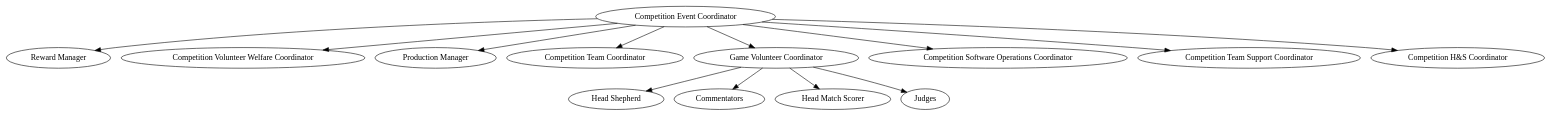
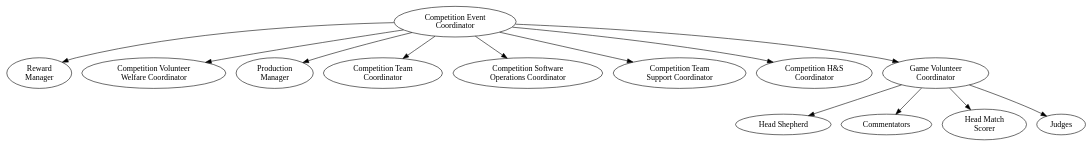
One commit to Adimote/legacy-ops-manual changed the diagram in org-chart/comp-event.dot. Above: the diagram before and after it, drawn with Graphviz. The commit also changed 5 other files, not shown here.

First line of the commit message:
Improve layout of comp org charts

```diff
--- a/org-chart/comp-event.dot
+++ b/org-chart/comp-event.dot
@@ -1,29 +1,29 @@
 digraph {
 	# Competition Coordinator Subordinates
-	comp_event_coord [label="Competition Event Coordinator" email="competition-event@studentrobotics.org"];
+	comp_event_coord [label="Competition Event\nCoordinator" email="competition-event@studentrobotics.org"];
 
 	# Competition Event Coordinator Subordinates
-	reward_manager[label="Reward Manager" contactsexclude=true];
-	comp_volunteer_welfare[label="Competition Volunteer Welfare Coordinator" email="competition-welfare@studentrobotics.org"];
-	prod_manager[label="Production Manager" email="production-manager@studentrobotics.org"];
-	comp_team_coord[label="Competition Team Coordinator" email="competition-teams@studentrobotics.org"];
-	comp_game_vol_coord[label="Game Volunteer Coordinator" email="game-volunteers@studentrobotics.org"];
-	comp_sw_ops_coord[label="Competition Software Operations Coordinator" email="competition-software-ops@studentrobotics.org"];
-	comp_team_support_coord[label="Competition Team Support Coordinator" email="competition-team-support@studentrobotics.org"];
-	comp_hs_coord[label="Competition H&S Coordinator" email="competition-health-and-safety@studentrobotics.org"];
+	reward_manager[label="Reward\nManager" contactsexclude=true];
+	comp_volunteer_welfare[label="Competition Volunteer\nWelfare Coordinator" email="competition-welfare@studentrobotics.org"];
+	prod_manager[label="Production\nManager" email="production-manager@studentrobotics.org"];
+	comp_team_coord[label="Competition Team\nCoordinator" email="competition-teams@studentrobotics.org"];
+	comp_sw_ops_coord[label="Competition Software\nOperations Coordinator" email="competition-software-ops@studentrobotics.org"];
+	comp_team_support_coord[label="Competition Team\nSupport Coordinator" email="competition-team-support@studentrobotics.org"];
+	comp_hs_coord[label="Competition H&S\nCoordinator" email="competition-health-and-safety@studentrobotics.org"];
+	comp_game_vol_coord[label="Game Volunteer\nCoordinator" email="game-volunteers@studentrobotics.org"];
 
 	# Game Volunteer Coordinator Subordinates
 	head_shepherd[label="Head Shepherd" email="shepherding@studentrobotics.org"];
 	commentators[label="Commentators" email="commentators@studentrobotics.org"];
-	head_match_scorer[label="Head Match Scorer" email="match-scorer@studentrobotics.org"];
+	head_match_scorer[label="Head Match\nScorer" email="match-scorer@studentrobotics.org"];
 	judges[label="Judges" email="judge@studentrobotics.org"];
 
 	###### Connections between nodes
 	comp_event_coord -> { reward_manager comp_volunteer_welfare
 	            prod_manager comp_team_coord comp_game_vol_coord
 		comp_sw_ops_coord comp_hs_coord
 		comp_team_support_coord
 		};
 
 	comp_game_vol_coord -> { head_shepherd commentators head_match_scorer judges };
 }
```
